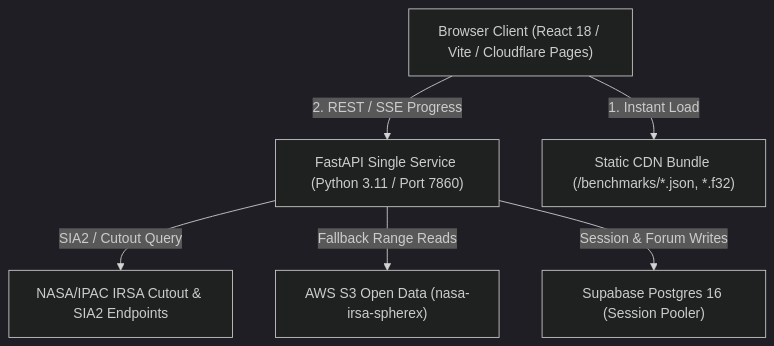
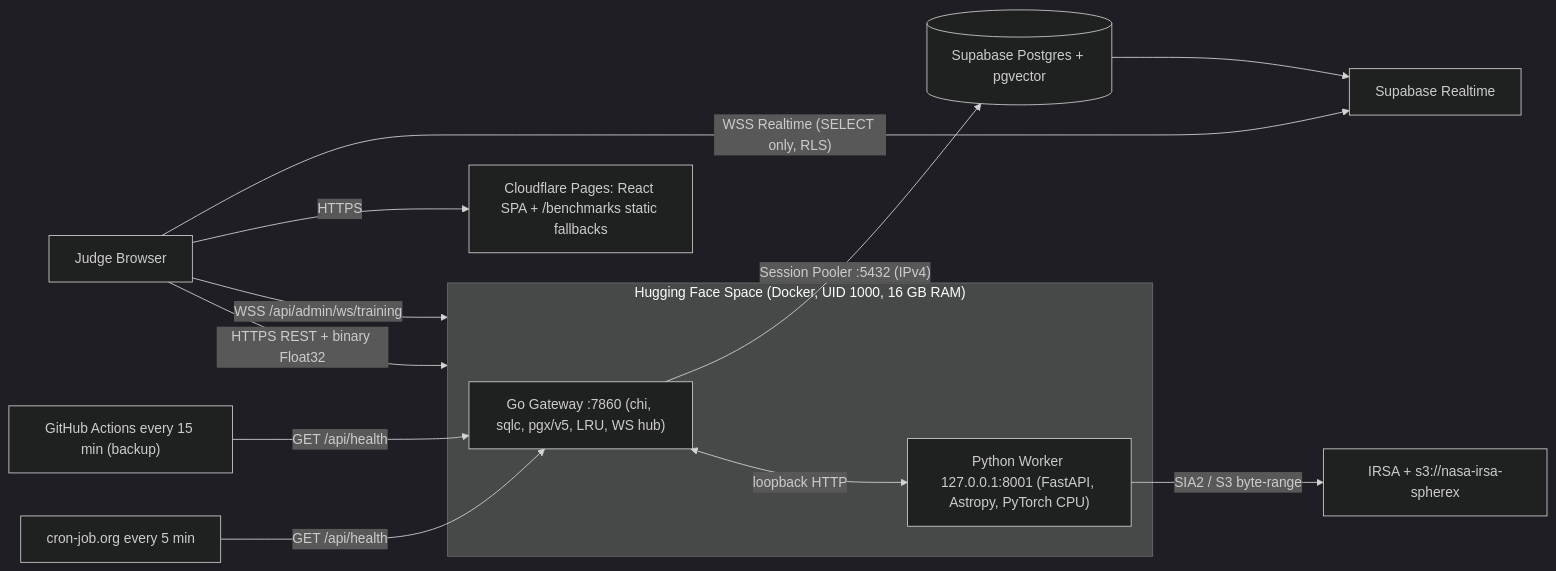
One commit to Amonochuka/Spectra changed the third of 3 diagrams in SPECIFICATION.md. Above: the diagram before and after it, drawn with Mermaid (dark theme). The commit also changed other lines of this file and 1 other file, not shown here.

Commit message:
docs: unify v2.5 exhaustive architecture with v3.0 ground-truth corrections (2,495 lines)

````diff
--- a/SPECIFICATION.md
+++ b/SPECIFICATION.md
@@ -296,15 +2097,17 @@
 ```mermaid
-flowchart TD
-    Client["Browser Client (React 18 / Vite / Cloudflare Pages)"]
-    FastAPI["FastAPI Single Service (Python 3.11 / Port 7860)"]
-    IRSA["NASA/IPAC IRSA Cutout & SIA2 Endpoints"]
-    S3["AWS S3 Open Data (nasa-irsa-spherex)"]
-    DB["Supabase Postgres 16 (Session Pooler)"]
-    CDN["Static CDN Bundle (/benchmarks/*.json, *.f32)"]
-
-    Client -->|1. Instant Load| CDN
-    Client -->|2. REST / SSE Progress| FastAPI
-    FastAPI -->|SIA2 / Cutout Query| IRSA
-    FastAPI -->|Fallback Range Reads| S3
-    FastAPI -->|Session & Forum Writes| DB
+flowchart LR
+    Judge["Judge Browser"] -->|HTTPS| CF["Cloudflare Pages: React SPA + /benchmarks static fallbacks"]
+    Judge -->|"HTTPS REST + binary Float32"| HF
+    Judge -->|"WSS /api/admin/ws/training"| HF
+    Judge -->|"WSS Realtime (SELECT only, RLS)"| SupaRT["Supabase Realtime"]
+    subgraph HF["Hugging Face Space (Docker, UID 1000, 16 GB RAM)"]
+        Go["Go Gateway :7860 (chi, sqlc, pgx/v5, LRU, WS hub)"]
+        Py["Python Worker 127.0.0.1:8001 (FastAPI, Astropy, PyTorch CPU)"]
+        Go <-->|loopback HTTP| Py
+    end
+    Go -->|"Session Pooler :5432 (IPv4)"| PG[("Supabase Postgres + pgvector")]
+    PG --> SupaRT
+    Py -->|"SIA2 / S3 byte-range"| IRSA["IRSA + s3://nasa-irsa-spherex"]
+    Cron["cron-job.org every 5 min"] -->|GET /api/health| Go
+    GHA["GitHub Actions every 15 min (backup)"] -->|GET /api/health| Go
 ```
````
